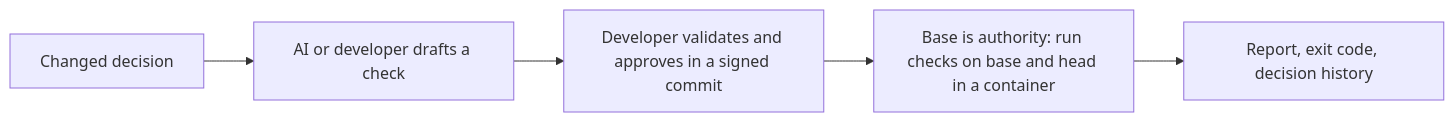
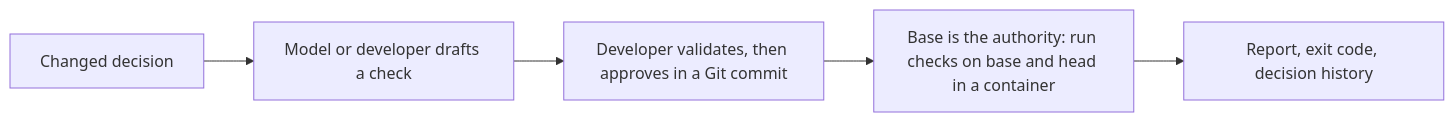
The diagram in README.md (Yashjain329/Decision-Drift-Gate), drawn with Mermaid before and after one commit. The commit also changed other lines of this file and 13 other files, not shown here.

````diff
--- a/README.md
+++ b/README.md
@@ -15,7 +15,7 @@
 ```mermaid
 flowchart LR
-    A[Changed decision] --> B[AI or developer drafts a check]
-    B --> C[Developer validates and approves in a signed commit]
-    C --> D[Base is authority: run checks on base and head in a container]
+    A[Changed decision] --> B[Model or developer drafts a check]
+    B --> C[Developer validates, then approves in a Git commit]
+    C --> D[Base is the authority: run checks on base and head in a container]
     D --> E[Report, exit code, decision history]
 ```
````
